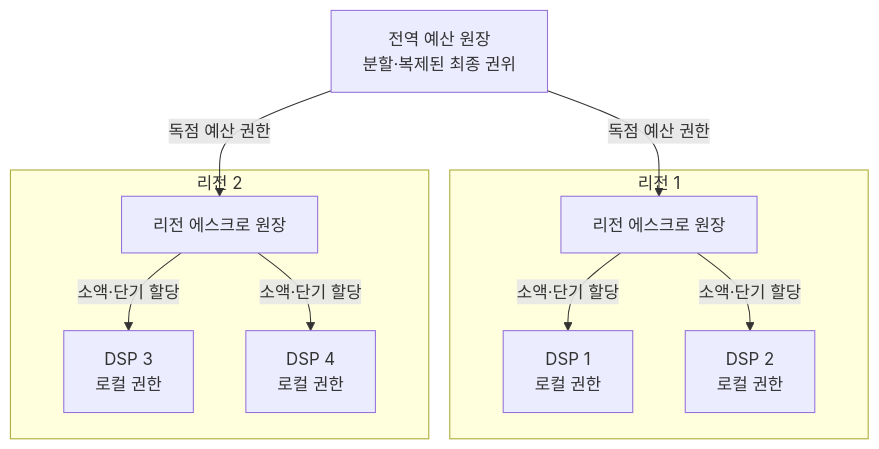
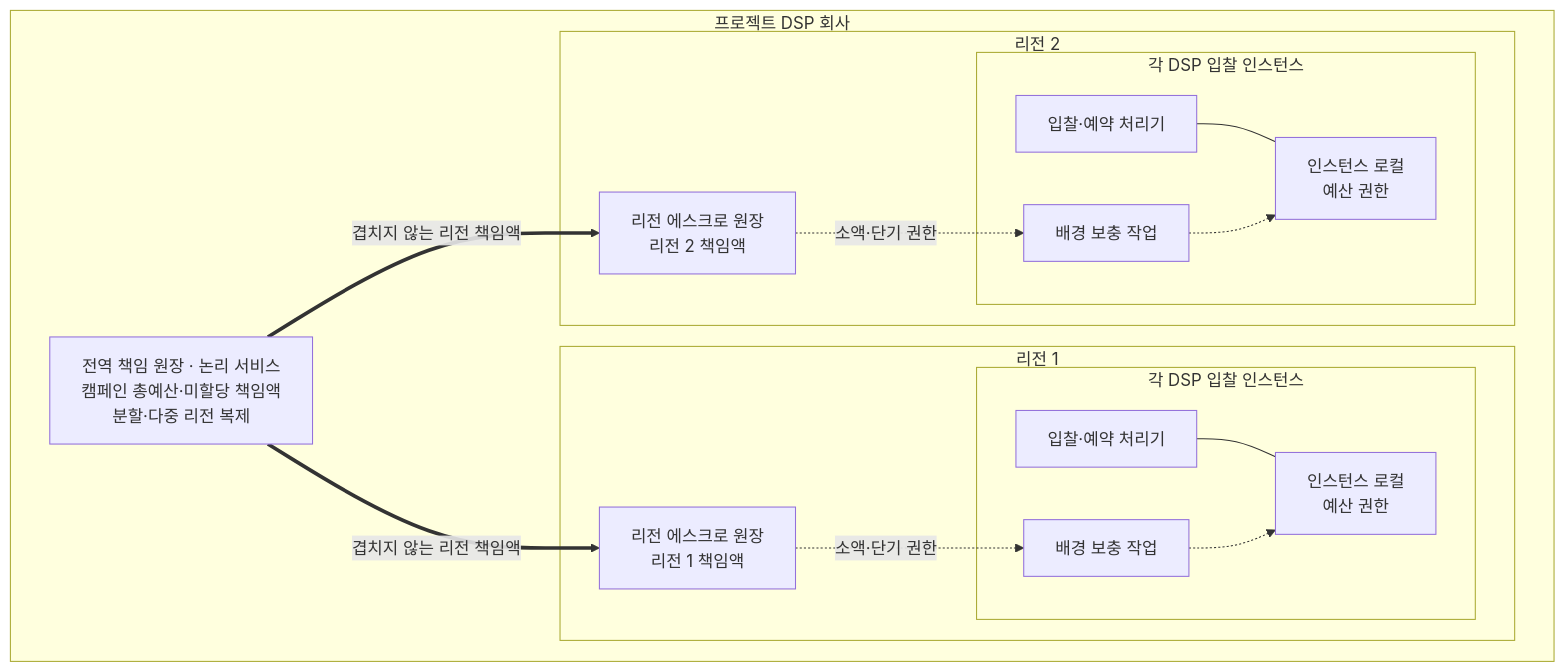
The diagram in docs/architecture/decisions/ADR-001-distributed-budget-reservation.md (bbororo5/low-latency-openrtb-auction), drawn with Mermaid before and after one commit. The commit also changed other lines of this file and 3 other files, not shown here.

````diff
--- a/docs/architecture/decisions/ADR-001-distributed-budget-reservation.md
+++ b/docs/architecture/decisions/ADR-001-distributed-budget-reservation.md
@@ -13,23 +13,33 @@
 ```mermaid
 flowchart TB
-    G["전역 예산 원장<br/>분할·복제된 최종 권위"]
+    subgraph PDSP["프로젝트 DSP 회사"]
+        G["전역 책임 원장 · 논리 서비스<br/>캠페인 총예산·미할당 책임액<br/>분할·다중 리전 복제"]
 
-    subgraph R1["리전 1"]
-        E1["리전 에스크로 원장"]
-        D11["DSP 1<br/>로컬 권한"]
-        D12["DSP 2<br/>로컬 권한"]
-        E1 -->|"소액·단기 할당"| D11
-        E1 -->|"소액·단기 할당"| D12
+        subgraph R1["리전 1"]
+            E1["리전 에스크로 원장<br/>리전 1 책임액"]
+            subgraph I1["각 DSP 입찰 인스턴스"]
+                H1["입찰·예약 처리기"]
+                L1["인스턴스 로컬<br/>예산 권한"]
+                C1["배경 보충 작업"]
+                H1 --- L1
+                C1 -.-> L1
+            end
+            E1 -. "소액·단기 권한" .-> C1
+        end
+
+        subgraph R2["리전 2"]
+            E2["리전 에스크로 원장<br/>리전 2 책임액"]
+            subgraph I2["각 DSP 입찰 인스턴스"]
+                H2["입찰·예약 처리기"]
+                L2["인스턴스 로컬<br/>예산 권한"]
+                C2["배경 보충 작업"]
+                H2 --- L2
+                C2 -.-> L2
+            end
+            E2 -. "소액·단기 권한" .-> C2
+        end
+
+        G ==>|"겹치지 않는 리전 책임액"| E1
+        G ==>|"겹치지 않는 리전 책임액"| E2
     end
-
-    subgraph R2["리전 2"]
-        E2["리전 에스크로 원장"]
-        D21["DSP 3<br/>로컬 권한"]
-        D22["DSP 4<br/>로컬 권한"]
-        E2 -->|"소액·단기 할당"| D21
-        E2 -->|"소액·단기 할당"| D22
-    end
-
-    G -->|"독점 예산 권한"| E1
-    G -->|"독점 예산 권한"| E2
 ```
````
